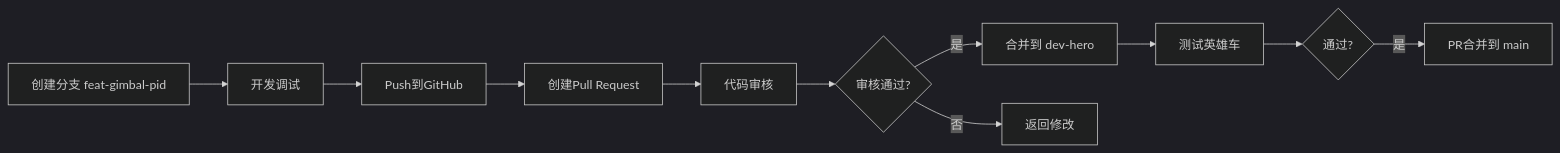
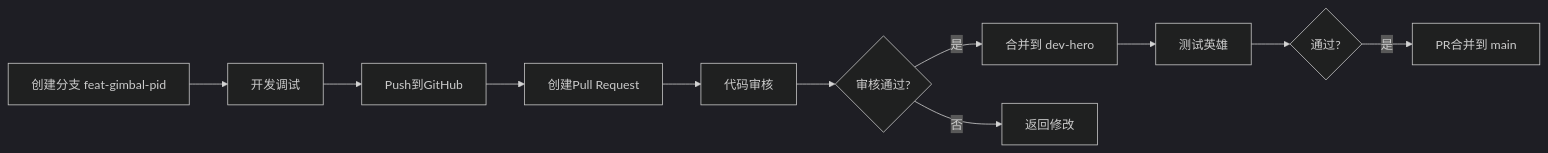
The diagram in README.md (cheng695/2026-RM-MechaCore), drawn with Mermaid (dark theme) before and after one commit. The commit also changed 1 other file, not shown here.

Commit message:
docs/删除图片文件夹，使用mermaid

````diff
--- a/README.md
+++ b/README.md
@@ -61,13 +61,13 @@
 ```mermaid
 graph LR
     A[创建分支 feat-gimbal-pid] --> B[开发调试]
     B --> C[Push到GitHub]
     C --> D[创建Pull Request]
     D --> E[代码审核]
     E --> F{审核通过?}
     F -->|是| G[合并到 dev-hero]
     F -->|否| H[返回修改]
-    G --> I[测试英雄车]
+    G --> I[测试英雄]
     I --> J{通过?}
     J -->|是| K[PR合并到 main]
 ```
````
